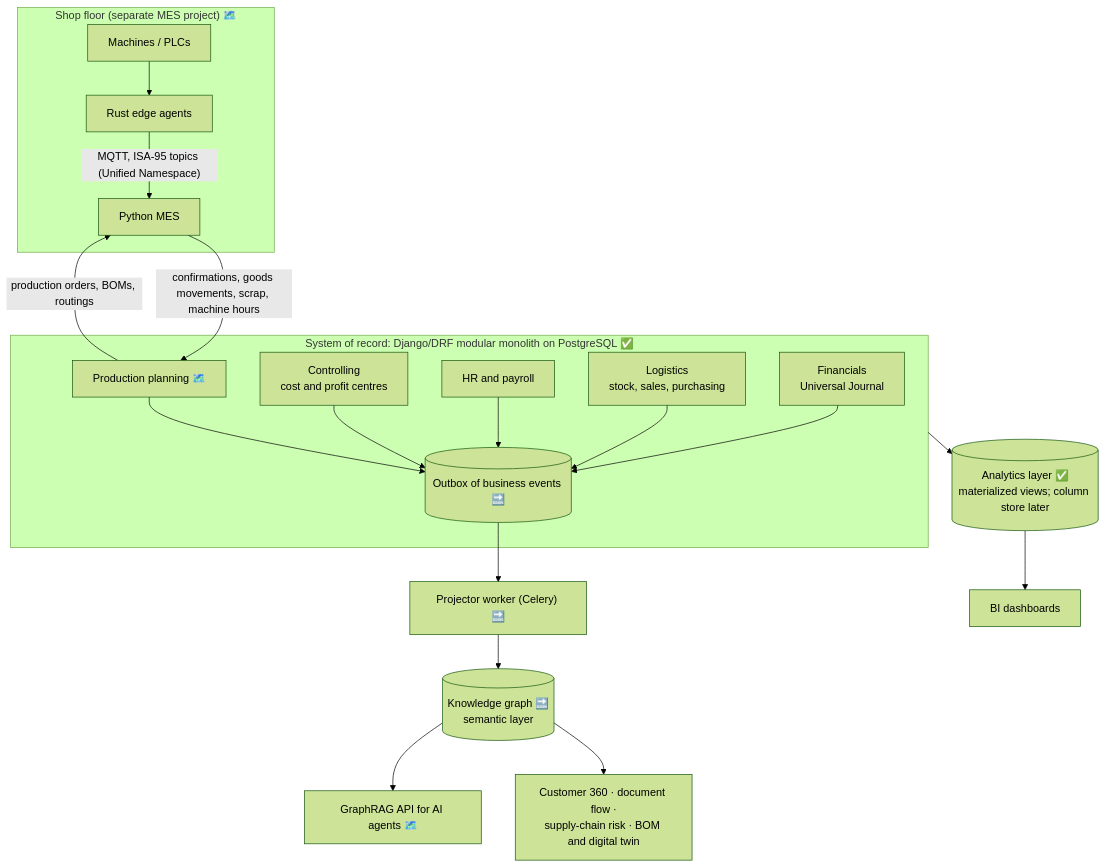
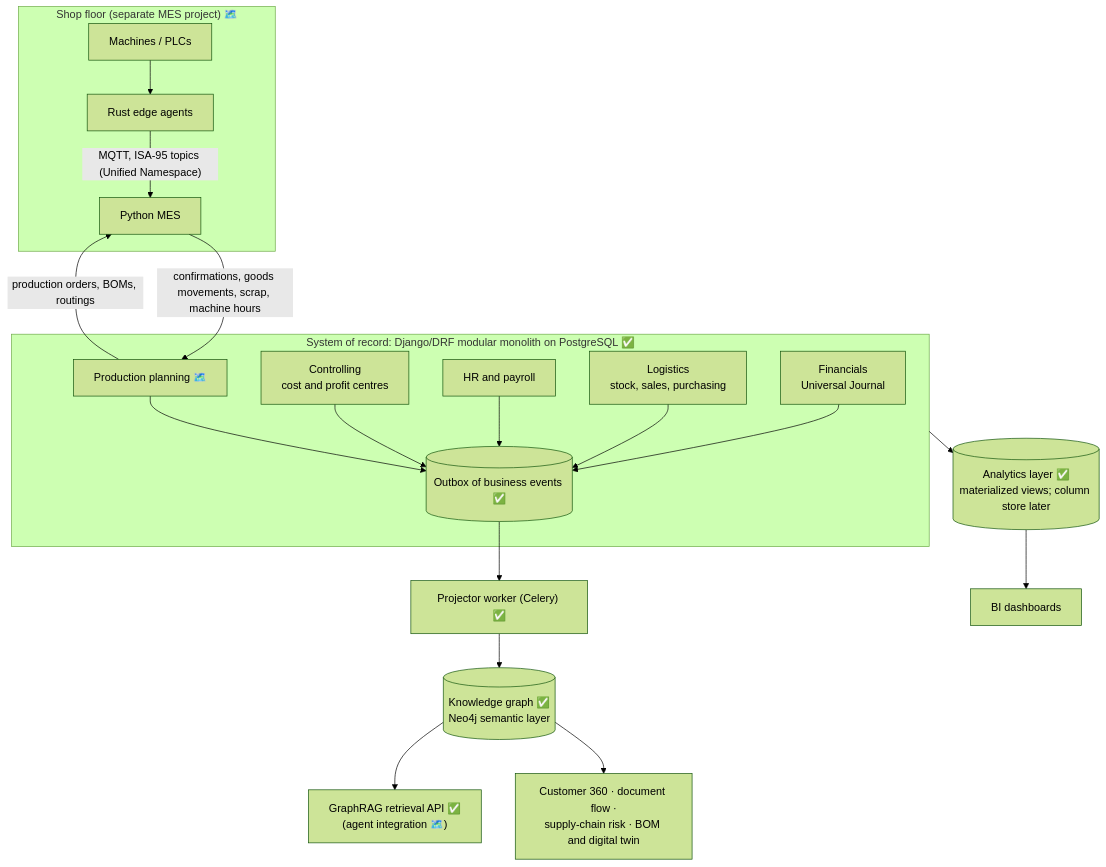
One commit to mokwenaanthony-dev/ERP-Intelligence changed the diagram in docs/ARCHITECTURE.md. Above: the diagram before and after it, drawn with Mermaid (forest theme). The commit also changed other lines of this file and 33 other files, not shown here.

Commit message:
Wave 4b: Neo4j knowledge graph (outbox, projection, Customer 360, document flow, supplier dependency, GraphRAG retrieval)

````diff
--- a/docs/ARCHITECTURE.md
+++ b/docs/ARCHITECTURE.md
@@ -12,28 +12,28 @@
 ```mermaid
 flowchart TB
     subgraph Floor["Shop floor (separate MES project) 🗺️"]
         PLC["Machines / PLCs"] --> EDGE["Rust edge agents"]
         EDGE -- "MQTT, ISA-95 topics (Unified Namespace)" --> MES["Python MES"]
     end
 
     subgraph Core["System of record: Django/DRF modular monolith on PostgreSQL ✅"]
         FI["Financials<br/>Universal Journal"]
         LO["Logistics<br/>stock, sales, purchasing"]
         HR["HR and payroll"]
         CO["Controlling<br/>cost and profit centres"]
         PP["Production planning 🗺️"]
-        OUT[("Outbox of business events 🔜")]
+        OUT[("Outbox of business events ✅")]
         FI & LO & HR & CO & PP --> OUT
     end
 
     MES -- "confirmations, goods movements, scrap, machine hours" --> PP
     PP -- "production orders, BOMs, routings" --> MES
 
-    OUT --> PROJ["Projector worker (Celery) 🔜"]
-    PROJ --> KG[("Knowledge graph 🔜<br/>semantic layer")]
+    OUT --> PROJ["Projector worker (Celery) ✅"]
+    PROJ --> KG[("Knowledge graph ✅<br/>Neo4j semantic layer")]
     Core --> AN[("Analytics layer ✅<br/>materialized views; column store later")]
 
-    KG --> RAG["GraphRAG API for AI agents 🗺️"]
+    KG --> RAG["GraphRAG retrieval API ✅<br/>(agent integration 🗺️)"]
     KG --> APPS["Customer 360 · document flow ·<br/>supply-chain risk · BOM and digital twin"]
     AN --> BI["BI dashboards"]
 ```
````
